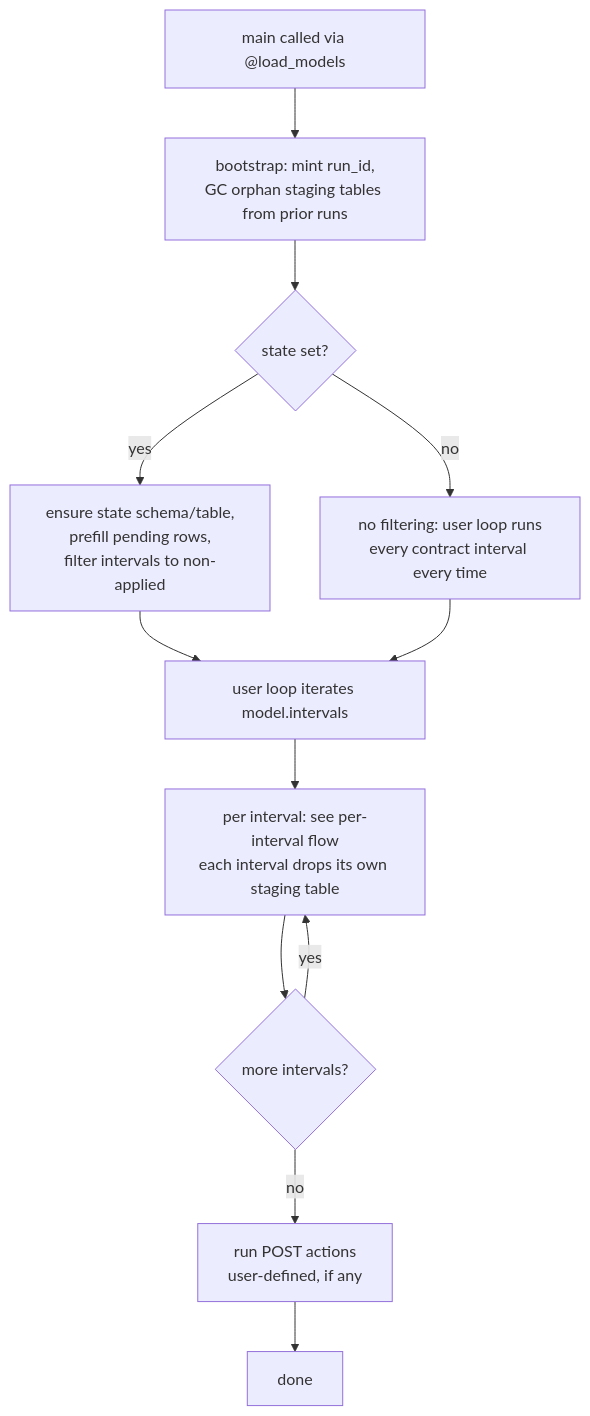
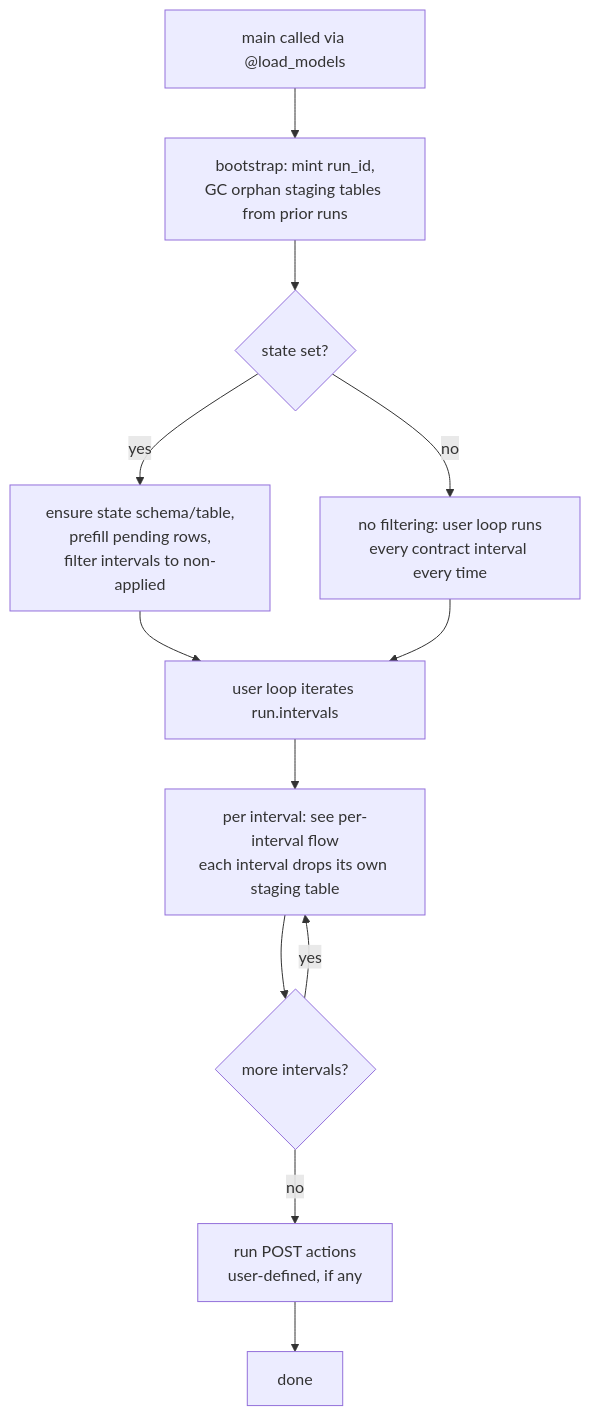
One commit to ebremstedt/bollhav changed the second of 2 diagrams in docs/content/TARGET.md. Above: the diagram before and after it, drawn with Mermaid. The commit also changed other lines of this file and 11 other files, not shown here.

````diff
--- a/docs/content/TARGET.md
+++ b/docs/content/TARGET.md
@@ -254,14 +254,14 @@
 ```mermaid
 flowchart TD
     A[main called via @load_models] --> B[bootstrap: mint run_id,<br>GC orphan staging tables from prior runs]
     B --> C{state set?}
     C -- yes --> D[ensure state schema/table,<br>prefill pending rows,<br>filter intervals to non-applied]
     C -- no --> E[no filtering: user loop runs<br>every contract interval every time]
-    D --> F[user loop iterates model.intervals]
+    D --> F[user loop iterates run.intervals]
     E --> F
     F --> G[per interval: see per-interval flow<br>each interval drops its own staging table]
     G --> H{more intervals?}
     H -- yes --> G
     H -- no --> I[run POST actions<br>user-defined, if any]
     I --> K[done]
 ```
````
